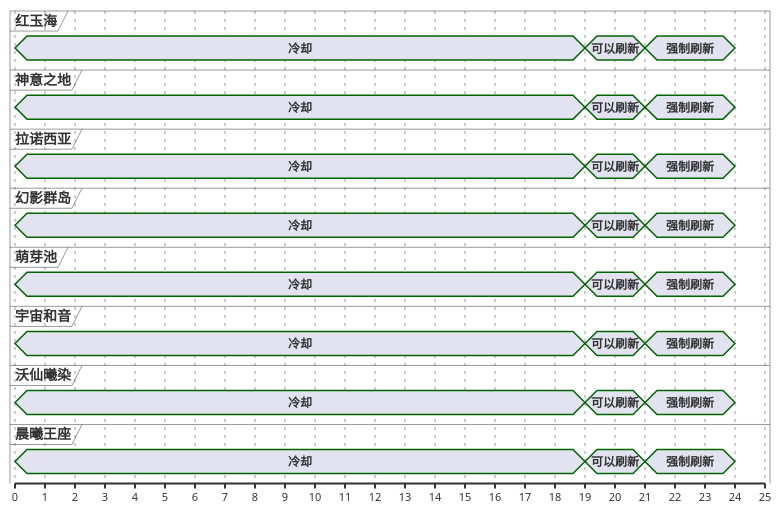
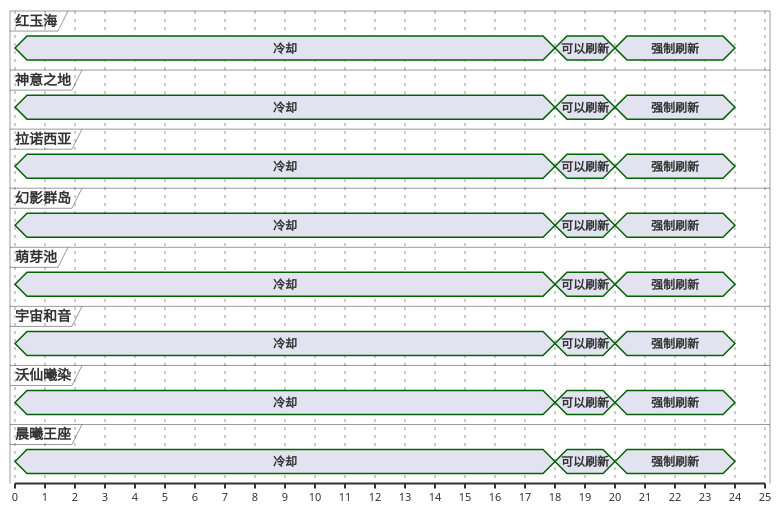
The first of 13 diagrams in ffxiv/hunt/2.0/Mindflayer.md (Eroleice/doc-pi), drawn with PlantUML before and after one commit. The commit also changed other lines of this file and 38 other files, not shown here.

````diff
--- a/ffxiv/hunt/2.0/Mindflayer.md
+++ b/ffxiv/hunt/2.0/Mindflayer.md
@@ -33,63 +33,63 @@
 ```plantuml
 @startuml
 scale 1 as 30 pixels
 
 concise 红玉海
 concise 神意之地
 concise 拉诺西亚
 concise 幻影群岛
 concise 萌芽池
 concise 宇宙和音
 concise 沃仙曦染
 concise 晨曦王座
 
 @晨曦王座
 0 is 冷却
-19 is 可以刷新
-21 is 强制刷新
+18 is 可以刷新
+20 is 强制刷新
 24 is {hidden}
 
 @红玉海
 0 is 冷却
-19 is 可以刷新
-21 is 强制刷新
+18 is 可以刷新
+20 is 强制刷新
 24 is {hidden}
 
 @拉诺西亚
 0 is 冷却
-19 is 可以刷新
-21 is 强制刷新
+18 is 可以刷新
+20 is 强制刷新
 24 is {hidden}
 
 @沃仙曦染
 0 is 冷却
-19 is 可以刷新
-21 is 强制刷新
+18 is 可以刷新
+20 is 强制刷新
 24 is {hidden}
 
 @萌芽池
 0 is 冷却
-19 is 可以刷新
-21 is 强制刷新
+18 is 可以刷新
+20 is 强制刷新
 24 is {hidden}
 
 @宇宙和音
 0 is 冷却
-19 is 可以刷新
-21 is 强制刷新
+18 is 可以刷新
+20 is 强制刷新
 24 is {hidden}
 
 @幻影群岛
 0 is 冷却
-19 is 可以刷新
-21 is 强制刷新
+18 is 可以刷新
+20 is 强制刷新
 24 is {hidden}
 
 @神意之地
 0 is 冷却
-19 is 可以刷新
-21 is 强制刷新
+18 is 可以刷新
+20 is 强制刷新
 24 is {hidden}
 
 @enduml
 ```
````
